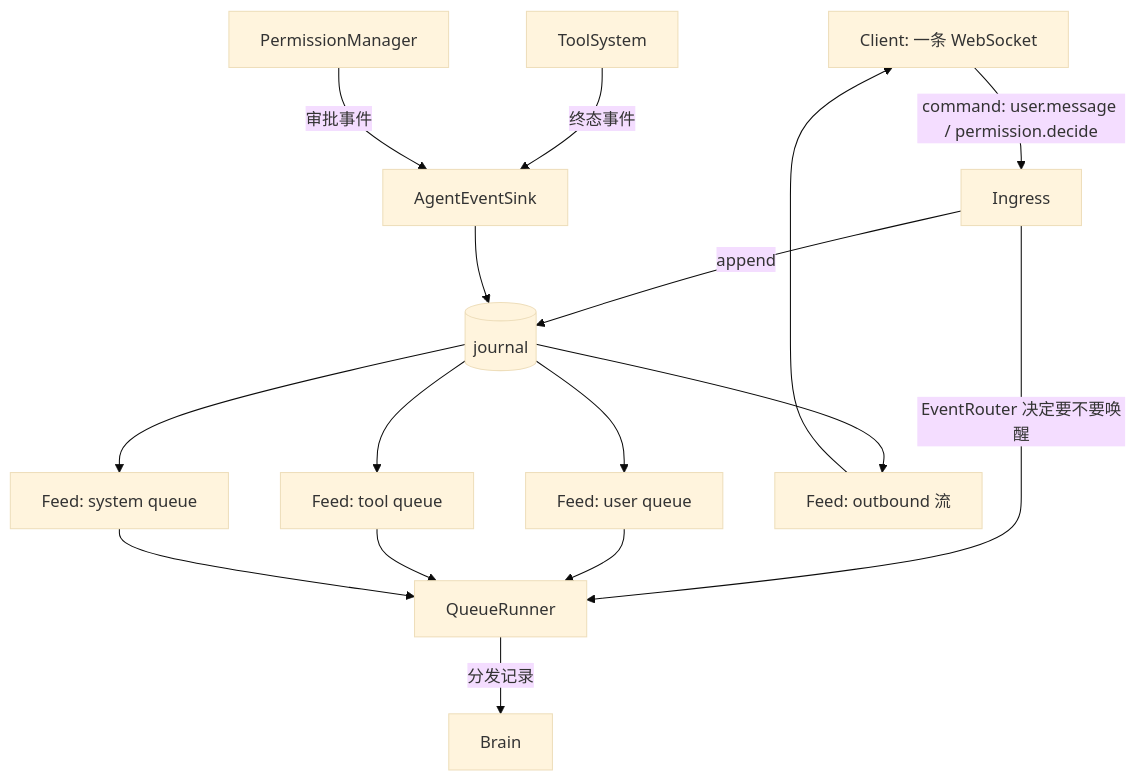
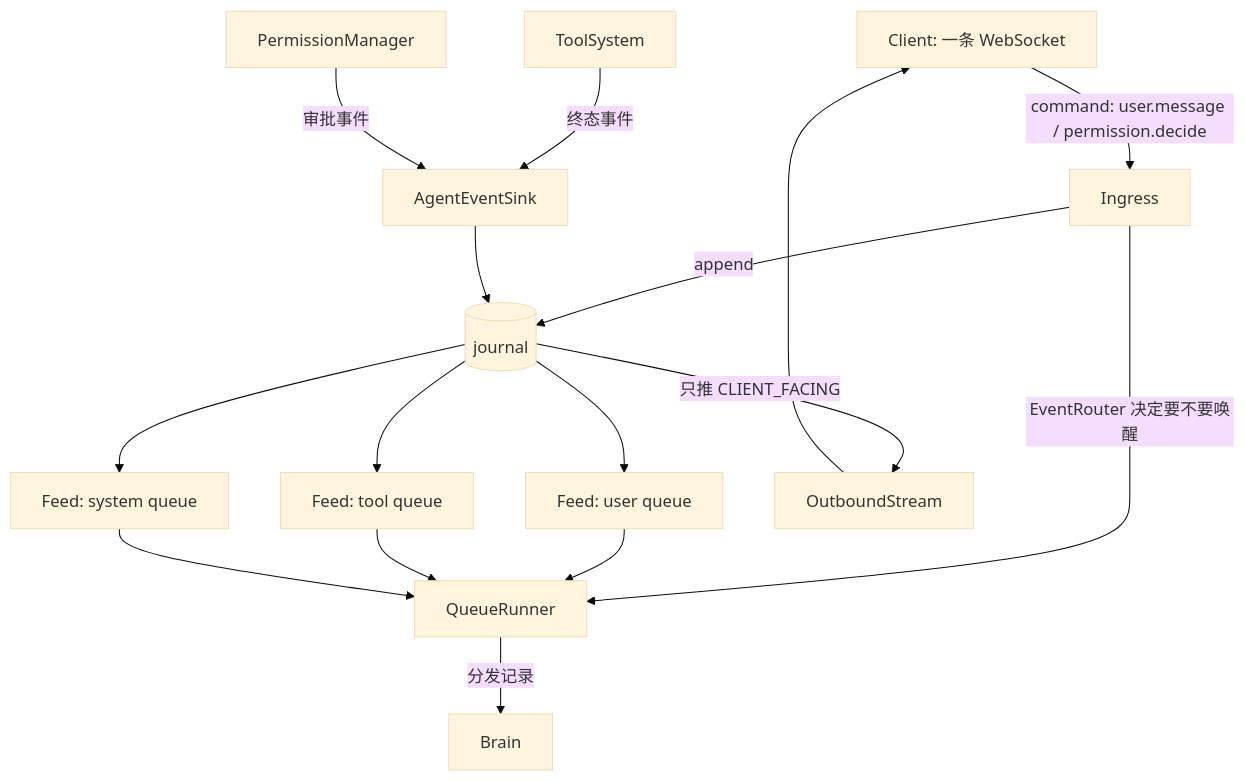
The diagram in spec/feature-event-runtime.md (HymioSpace/Oath), drawn with Mermaid (base theme) before and after one commit. The commit also changed other lines of this file and 6 other files, not shown here.

````diff
--- a/spec/feature-event-runtime.md
+++ b/spec/feature-event-runtime.md
@@ -26,19 +26,19 @@
 ```mermaid
 flowchart TD
     C[Client: 一条 WebSocket] -->|command: user.message / permission.decide| I[Ingress]
     I -->|append| J[(journal)]
     I -->|EventRouter 决定要不要唤醒| QR[QueueRunner]
     QR -->|分发记录| BR[Brain]
 
     TS[ToolSystem] -->|终态事件| S[AgentEventSink]
     PM[PermissionManager] -->|审批事件| S
     S --> J
 
     J --> F1[Feed: user queue]
     J --> F2[Feed: tool queue]
     J --> F3[Feed: system queue]
     F1 & F2 & F3 --> QR
 
-    J --> F4[Feed: outbound 流]
-    F4 --> C
+    J -->|只推 CLIENT_FACING| OS[OutboundStream]
+    OS --> C
 ```
````
